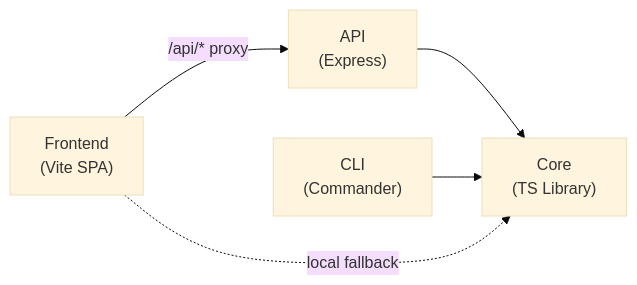
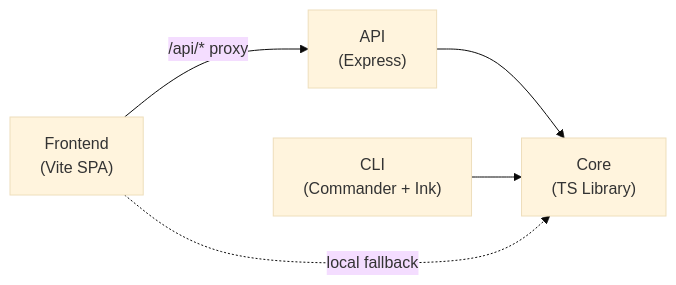
Before and after one commit to nurulizyansyaza/courier-service: the first of 6 diagrams in README.md, drawn with Mermaid (base theme). The commit also changed other lines of this file, not shown here.

Commit message:
update api response, diagrams

````diff
--- a/README.md
+++ b/README.md
@@ -17,7 +17,7 @@
 ```mermaid
 graph LR
     Frontend["Frontend<br/>(Vite SPA)"] -->|"/api/* proxy"| API["API<br/>(Express)"]
     API --> Core["Core<br/>(TS Library)"]
-    CLI["CLI<br/>(Commander)"] --> Core
+    CLI["CLI<br/>(Commander + Ink)"] --> Core
     Frontend -.->|"local fallback"| Core
 ```
````
